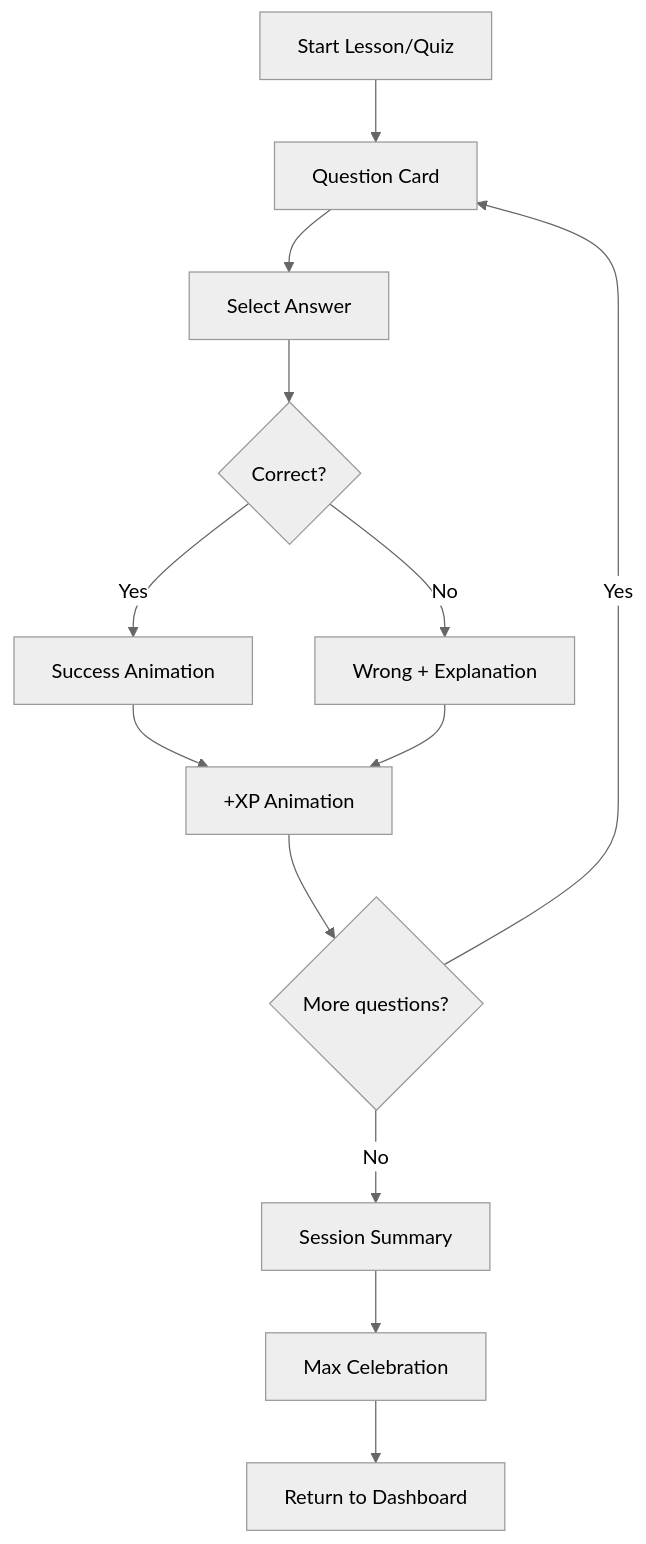
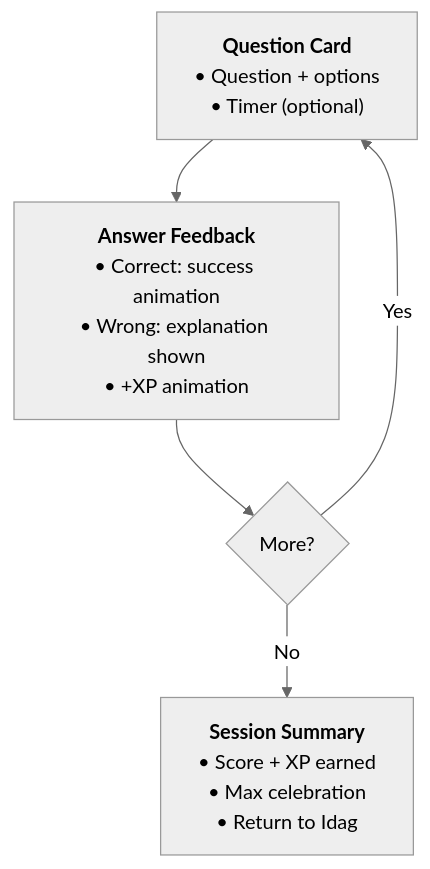
The fifth of 8 diagrams in docs/ROADMAP.md (Willayam/maxa), drawn with Mermaid (neutral theme) before and after one commit. The commit also changed other lines of this file, not shown here.

First line of the commit message:
docs: Consolidate mermaid boxes with bold titles + bullet lists

````diff
--- a/docs/ROADMAP.md
+++ b/docs/ROADMAP.md
@@ -156,15 +101,8 @@
 ```mermaid
 flowchart TD
-    A[Start Lesson/Quiz] --> B[Question Card]
-    B --> C[Select Answer]
-    C --> D{Correct?}
-    D -->|Yes| E[Success Animation]
-    D -->|No| F[Wrong + Explanation]
-    E --> G[+XP Animation]
-    F --> G
-    G --> H{More questions?}
-    H -->|Yes| B
-    H -->|No| I[Session Summary]
-    I --> J[Max Celebration]
-    J --> K[Return to Dashboard]
+    A["<b>Question Card</b><br/>• Question + options<br/>• Timer (optional)"]
+    A --> B["<b>Answer Feedback</b><br/>• Correct: success animation<br/>• Wrong: explanation shown<br/>• +XP animation"]
+    B --> C{More?}
+    C -->|Yes| A
+    C -->|No| D["<b>Session Summary</b><br/>• Score + XP earned<br/>• Max celebration<br/>• Return to Idag"]
 ```
````
